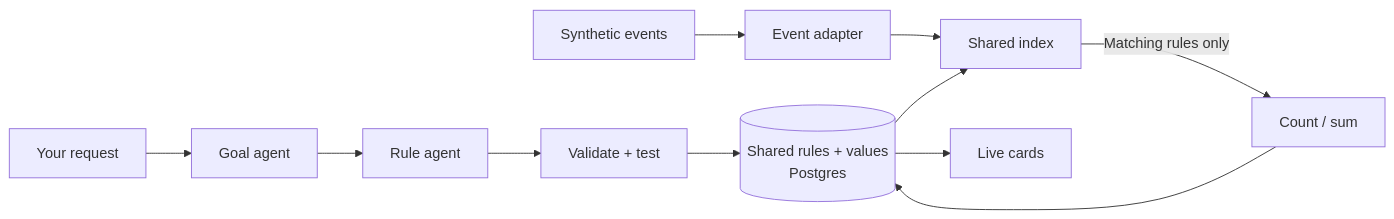
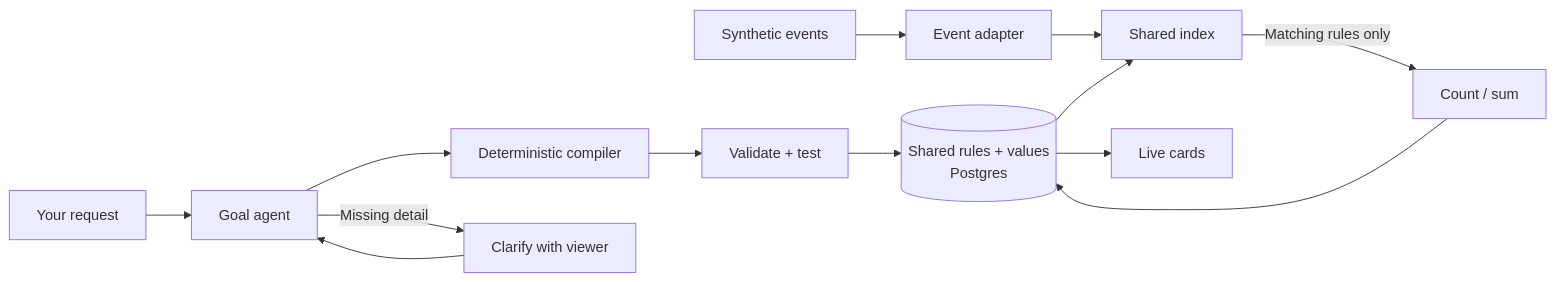
The diagram in user-backend/docs/filter-lab.md (taka6745/insidethegame), drawn with Mermaid before and after one commit. The commit also changed other lines of this file and 46 other files, not shown here.

````diff
--- a/user-backend/docs/filter-lab.md
+++ b/user-backend/docs/filter-lab.md
@@ -17,9 +17,10 @@
 ```mermaid
 flowchart LR
-  Ask["Your request"] --> Goal["Goal agent"] --> Code["Rule agent"] --> Test["Validate + test"]
+  Ask["Your request"] --> Goal["Goal agent"] --> Code["Deterministic compiler"] --> Test["Validate + test"]
+  Goal -->|"Missing detail"| Reply["Clarify with viewer"] --> Goal
   Test --> Rules[("Shared rules + values\nPostgres")]
   Feed["Synthetic events"] --> Adapter["Event adapter"] --> Index["Shared index"]
   Rules --> Index
   Index -->|"Matching rules only"| Count["Count / sum"] --> Rules
   Rules --> UI["Live cards"]
 ```
````
